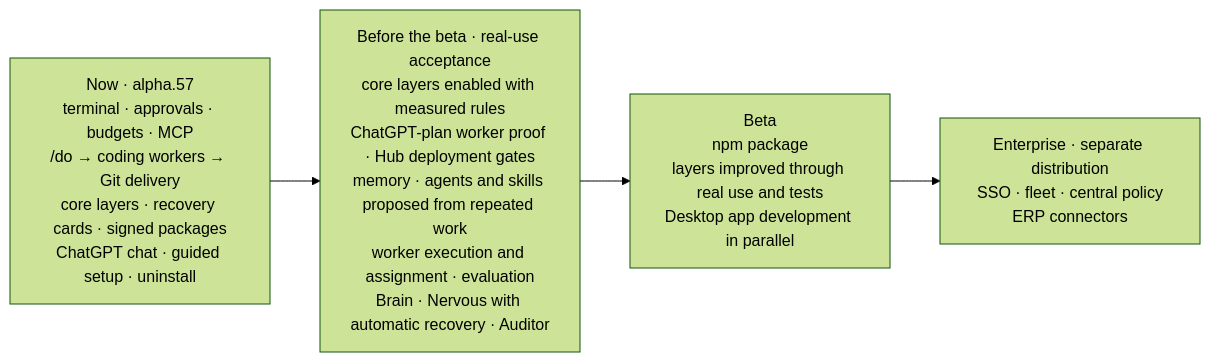
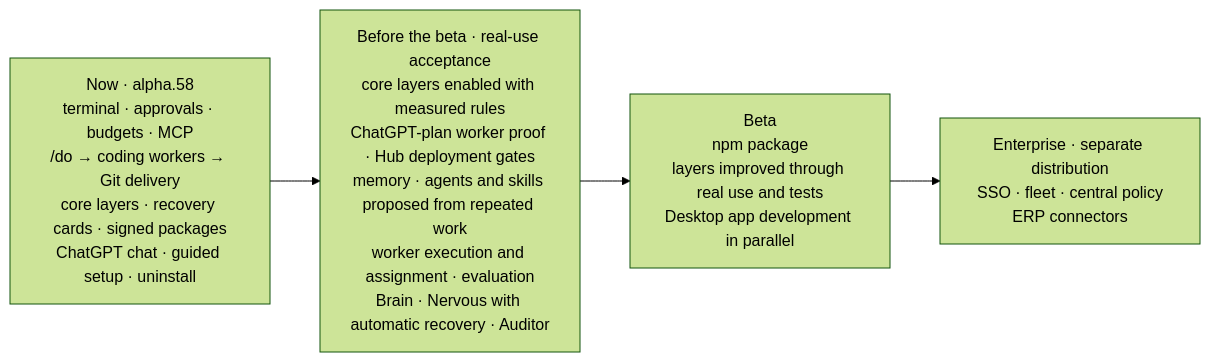
The sixth of 6 diagrams in README.md (Verhex/deckent-next), drawn with Mermaid (forest theme) before and after one commit. The commit also changed other lines of this file and 7 other files, not shown here.

First line of the commit message:
chore(release): 1.0.0-alpha.58 candidate — version, CHANGELOG (Unreleased), README/SECURITY naming, PLAN status

````diff
--- a/README.md
+++ b/README.md
@@ -547,6 +547,6 @@
 ```mermaid
 flowchart LR
-  N["Now · alpha.57<br/>terminal · approvals · budgets · MCP<br/>/do → coding workers → Git delivery<br/>core layers · recovery cards · signed packages<br/>ChatGPT chat · guided setup · uninstall"] --> C["Before the beta · real-use acceptance<br/>core layers enabled with measured rules<br/>ChatGPT-plan worker proof · Hub deployment gates<br/>memory · agents and skills proposed from repeated work<br/>worker execution and assignment · evaluation<br/>Brain · Nervous with automatic recovery · Auditor"]
+  N["Now · alpha.58<br/>terminal · approvals · budgets · MCP<br/>/do → coding workers → Git delivery<br/>core layers · recovery cards · signed packages<br/>ChatGPT chat · guided setup · uninstall"] --> C["Before the beta · real-use acceptance<br/>core layers enabled with measured rules<br/>ChatGPT-plan worker proof · Hub deployment gates<br/>memory · agents and skills proposed from repeated work<br/>worker execution and assignment · evaluation<br/>Brain · Nervous with automatic recovery · Auditor"]
   C --> B["Beta<br/>npm package<br/>layers improved through real use and tests<br/>Desktop app development in parallel"]
   B --> E["Enterprise · separate distribution<br/>SSO · fleet · central policy<br/>ERP connectors"]
 ```
````
